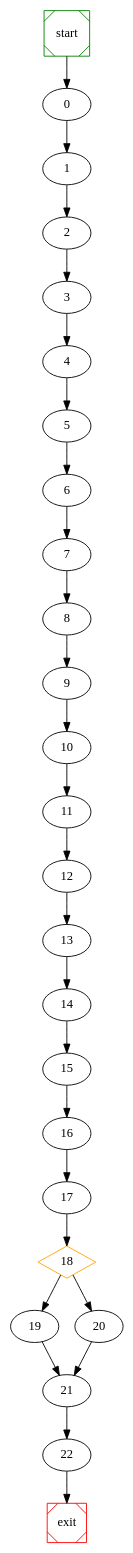
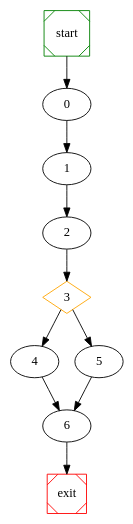
One commit to NabeelQaiser/BTP_2k18-19 changed the diagram in SeAPI/raw_graph.dot. Above: the diagram before and after it, drawn with Graphviz. The commit also changed 45 other files, not shown here.

```diff
--- a/SeAPI/raw_graph.dot
+++ b/SeAPI/raw_graph.dot
@@ -1,33 +1,17 @@
 # dot file created at runtime
 
 digraph G {
 	start -> 0;
 	0 -> 1 ;
 	1 -> 2 ;
+	3 [shape=diamond, color=orange] ;
+	3 -> 4 ;
+	3 -> 5 ;
 	2 -> 3 ;
-	3 -> 4 ;
-	4 -> 5 ;
 	5 -> 6 ;
-	6 -> 7 ;
-	7 -> 8 ;
-	8 -> 9 ;
-	9 -> 10 ;
-	10 -> 11 ;
-	11 -> 12 ;
-	12 -> 13 ;
-	13 -> 14 ;
-	14 -> 15 ;
-	15 -> 16 ;
-	16 -> 17 ;
-	18 [shape=diamond, color=orange] ;
-	18 -> 19 ;
-	18 -> 20 ;
-	17 -> 18 ;
-	19 -> 21 ;
-	20 -> 21 ;
-	21 -> 22 ;
-	22 -> exit;
+	4 -> 6 ;
+	6 -> exit;
 
 	start [shape=Msquare, color=green];
 	exit [shape=Msquare, color=red];
 }
```
